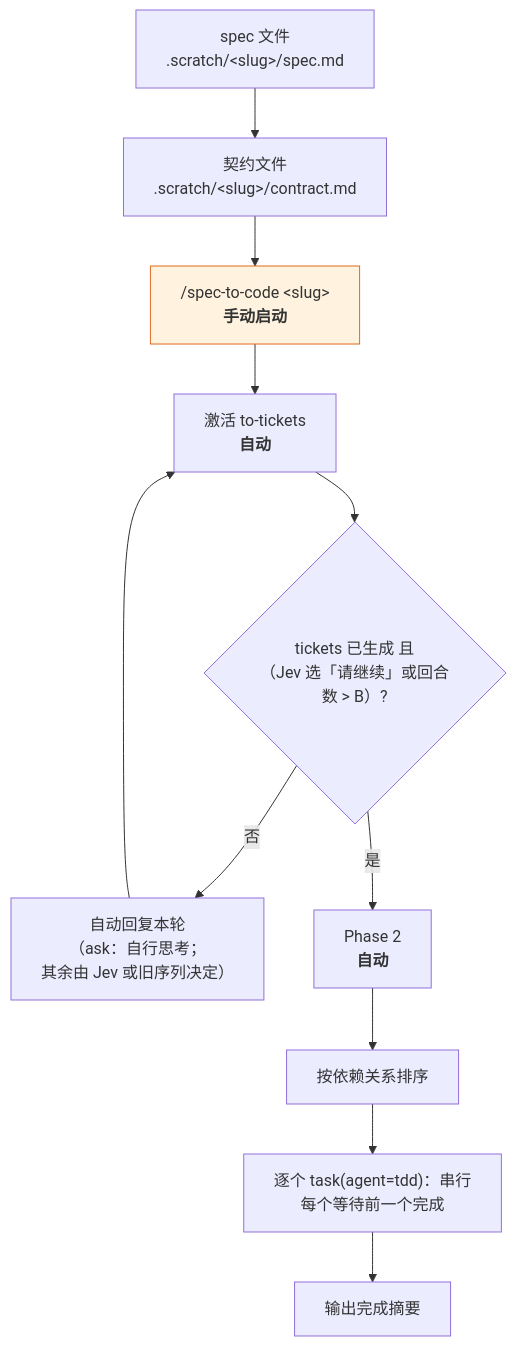
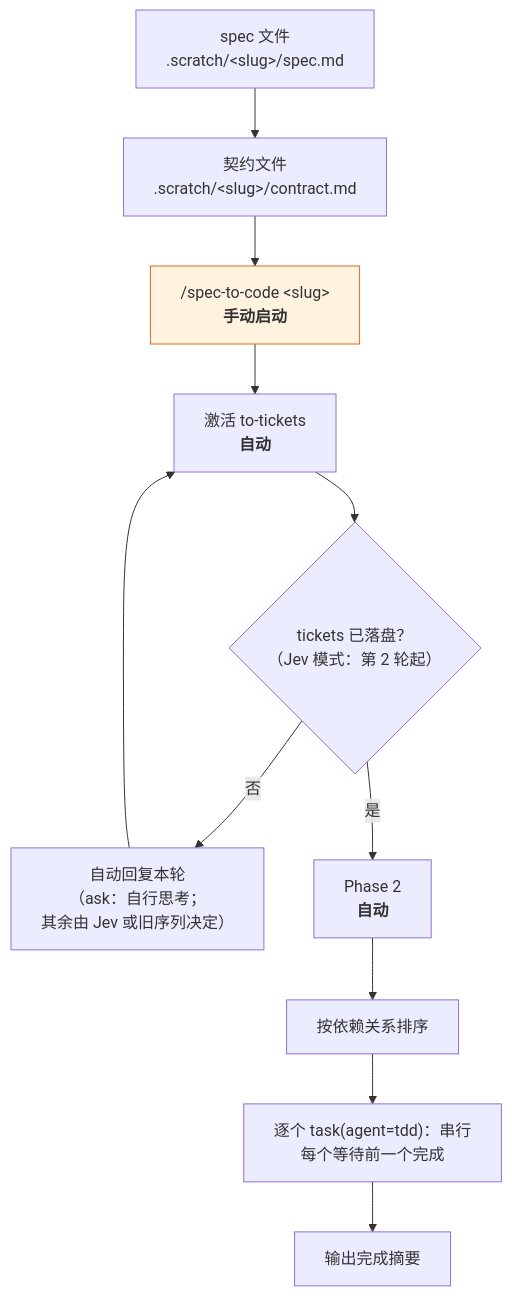
Before and after one commit to hugosol/oh-my-wayfinder: the second of 2 diagrams in README.cn.md, drawn with Mermaid. The commit also changed other lines of this file and 6 other files, not shown here.

````diff
--- a/README.cn.md
+++ b/README.cn.md
@@ -112,14 +111,14 @@
 ```mermaid
 flowchart TD
     P["spec 文件<br/>.scratch/&lt;slug&gt;/spec.md"] --> CT["契约文件<br/>.scratch/&lt;slug&gt;/contract.md"]
     CT --> C["/spec-to-code &lt;slug&gt;<br/><b>手动启动</b>"]
     C --> A["激活 to-tickets<br/><b>自动</b>"]
-    A --> Q{"tickets 已生成 且<br/>（Jev 选「请继续」或回合数 &gt; B）?"}
+    A --> Q{"tickets 已落盘？<br/>（Jev 模式：第 2 轮起）"}
     Q -->|"否"| QA["自动回复本轮<br/>（ask：自行思考；<br/>其余由 Jev 或旧序列决定）"] --> A
     Q -->|"是"| P2["Phase 2<br/><b>自动</b>"]
     P2 --> ORD["按依赖关系排序"]
     ORD --> TD["逐个 task(agent=tdd)：串行<br/>每个等待前一个完成"]
     TD --> DONE["输出完成摘要"]
 
     style C fill:#fff3e0,stroke:#dd6b20
 ```
````
